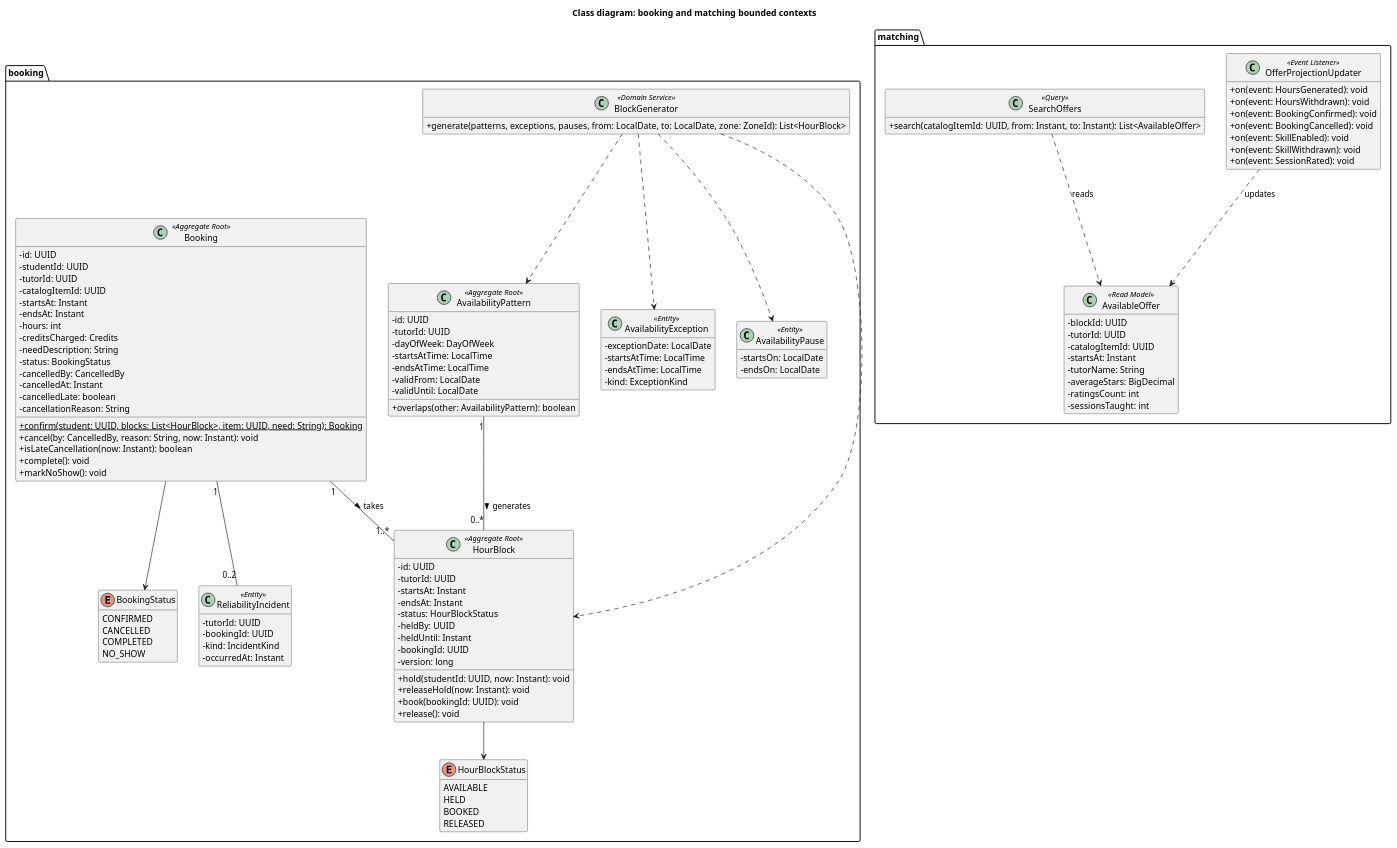
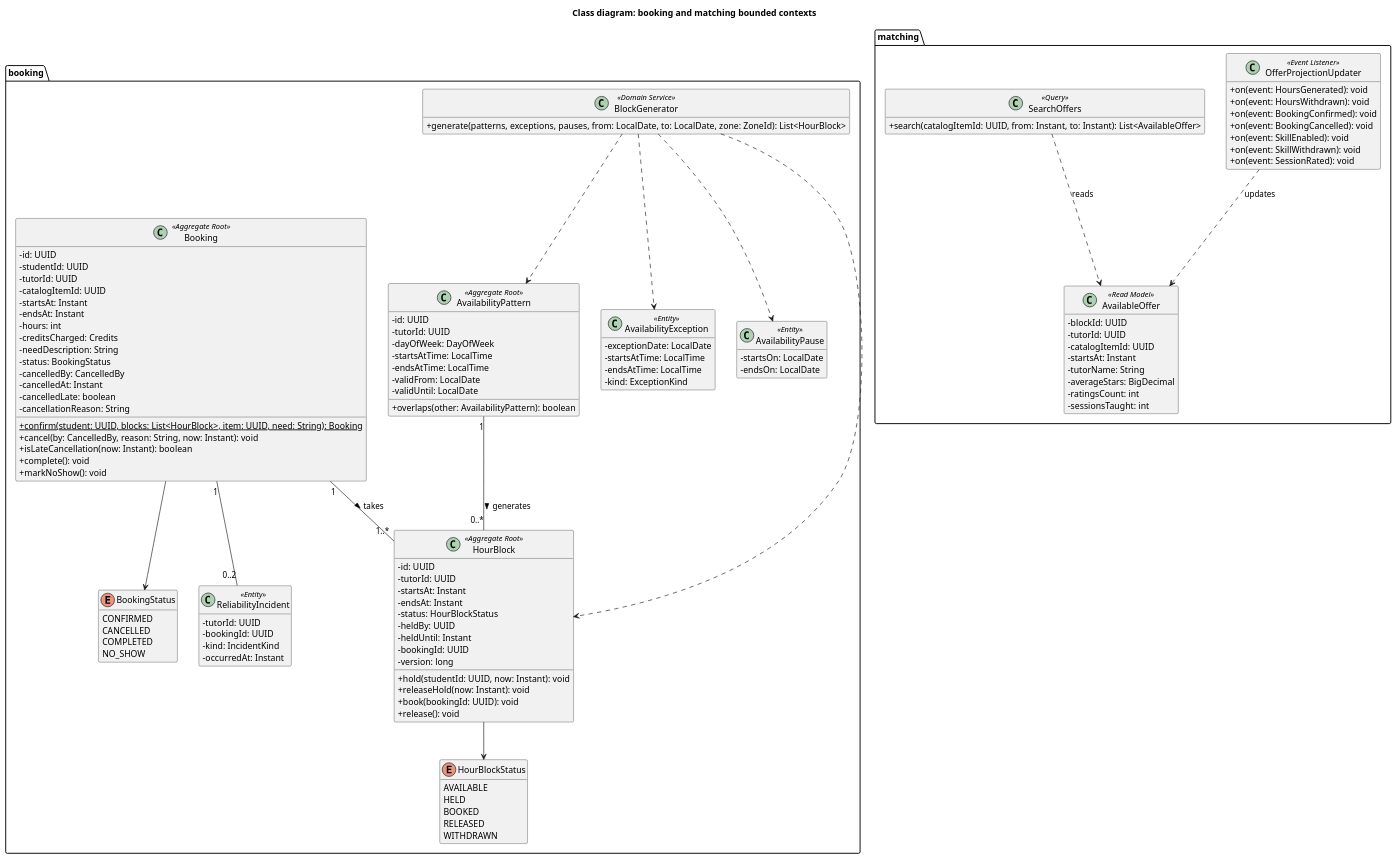
Before and after one commit to ayni-team/ayni: the diagram in docs/architecture/uml/class-booking-matching.puml, drawn with PlantUML. The commit also changed 25 other files, not shown here.

```diff
--- a/docs/architecture/uml/class-booking-matching.puml
+++ b/docs/architecture/uml/class-booking-matching.puml
@@ -1,122 +1,123 @@
 @startuml class-booking-matching
 title Class diagram: booking and matching bounded contexts
 skinparam classAttributeIconSize 0
 hide empty members
 
 package "booking" {
   class AvailabilityPattern <<Aggregate Root>> {
     - id: UUID
     - tutorId: UUID
     - dayOfWeek: DayOfWeek
     - startsAtTime: LocalTime
     - endsAtTime: LocalTime
     - validFrom: LocalDate
     - validUntil: LocalDate
     + overlaps(other: AvailabilityPattern): boolean
   }
   class AvailabilityException <<Entity>> {
     - exceptionDate: LocalDate
     - startsAtTime: LocalTime
     - endsAtTime: LocalTime
     - kind: ExceptionKind
   }
   class AvailabilityPause <<Entity>> {
     - startsOn: LocalDate
     - endsOn: LocalDate
   }
   class BlockGenerator <<Domain Service>> {
     + generate(patterns, exceptions, pauses, from: LocalDate, to: LocalDate, zone: ZoneId): List<HourBlock>
   }
   class HourBlock <<Aggregate Root>> {
     - id: UUID
     - tutorId: UUID
     - startsAt: Instant
     - endsAt: Instant
     - status: HourBlockStatus
     - heldBy: UUID
     - heldUntil: Instant
     - bookingId: UUID
     - version: long
     + hold(studentId: UUID, now: Instant): void
     + releaseHold(now: Instant): void
     + book(bookingId: UUID): void
     + release(): void
   }
   class Booking <<Aggregate Root>> {
     - id: UUID
     - studentId: UUID
     - tutorId: UUID
     - catalogItemId: UUID
     - startsAt: Instant
     - endsAt: Instant
     - hours: int
     - creditsCharged: Credits
     - needDescription: String
     - status: BookingStatus
     - cancelledBy: CancelledBy
     - cancelledAt: Instant
     - cancelledLate: boolean
     - cancellationReason: String
     + {static} confirm(student: UUID, blocks: List<HourBlock>, item: UUID, need: String): Booking
     + cancel(by: CancelledBy, reason: String, now: Instant): void
     + isLateCancellation(now: Instant): boolean
     + complete(): void
     + markNoShow(): void
   }
   class ReliabilityIncident <<Entity>> {
     - tutorId: UUID
     - bookingId: UUID
     - kind: IncidentKind
     - occurredAt: Instant
   }
   enum HourBlockStatus {
     AVAILABLE
     HELD
     BOOKED
     RELEASED
+    WITHDRAWN
   }
   enum BookingStatus {
     CONFIRMED
     CANCELLED
     COMPLETED
     NO_SHOW
   }
 }
 
 package "matching" {
   class AvailableOffer <<Read Model>> {
     - blockId: UUID
     - tutorId: UUID
     - catalogItemId: UUID
     - startsAt: Instant
     - tutorName: String
     - averageStars: BigDecimal
     - ratingsCount: int
     - sessionsTaught: int
   }
   class OfferProjectionUpdater <<Event Listener>> {
     + on(event: HoursGenerated): void
     + on(event: HoursWithdrawn): void
     + on(event: BookingConfirmed): void
     + on(event: BookingCancelled): void
     + on(event: SkillEnabled): void
     + on(event: SkillWithdrawn): void
     + on(event: SessionRated): void
   }
   class SearchOffers <<Query>> {
     + search(catalogItemId: UUID, from: Instant, to: Instant): List<AvailableOffer>
   }
 }
 
 AvailabilityPattern "1" -- "0..*" HourBlock : generates >
 BlockGenerator ..> AvailabilityPattern
 BlockGenerator ..> AvailabilityException
 BlockGenerator ..> AvailabilityPause
 BlockGenerator ..> HourBlock
 Booking "1" -- "1..*" HourBlock : takes >
 Booking "1" -- "0..2" ReliabilityIncident
 HourBlock --> HourBlockStatus
 Booking --> BookingStatus
 OfferProjectionUpdater ..> AvailableOffer : updates
 SearchOffers ..> AvailableOffer : reads
 @enduml
```
